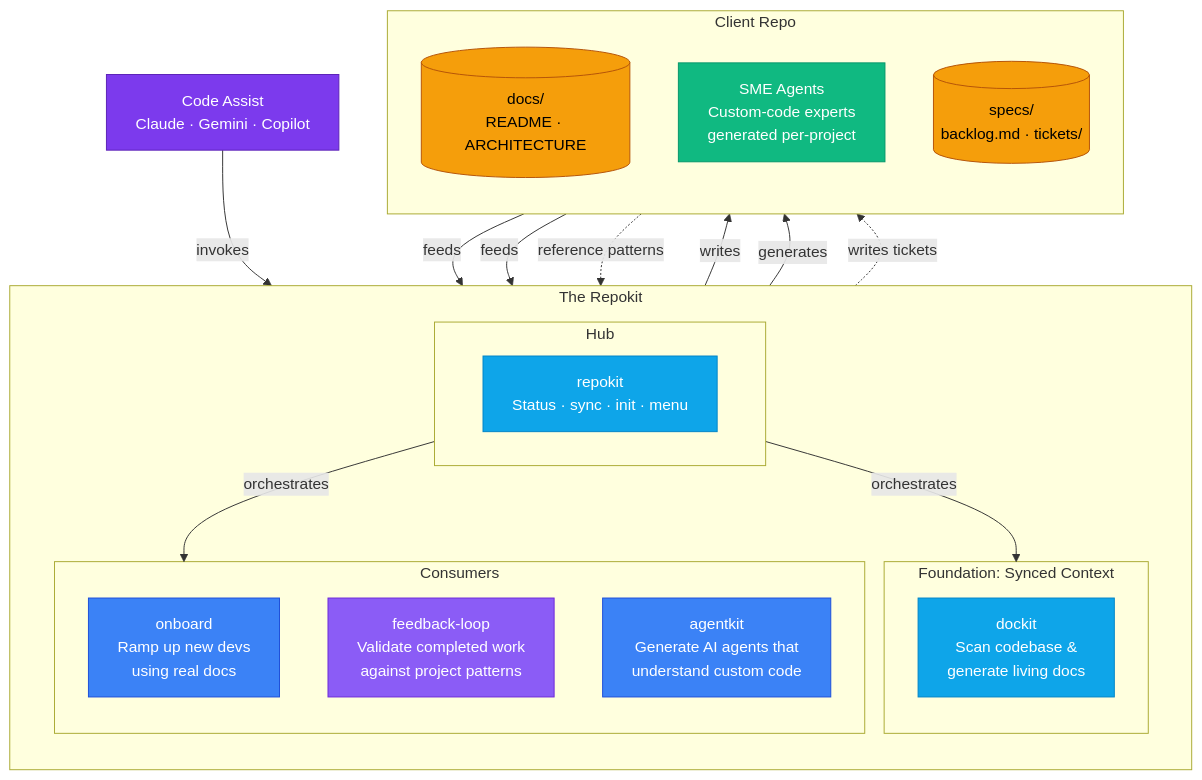
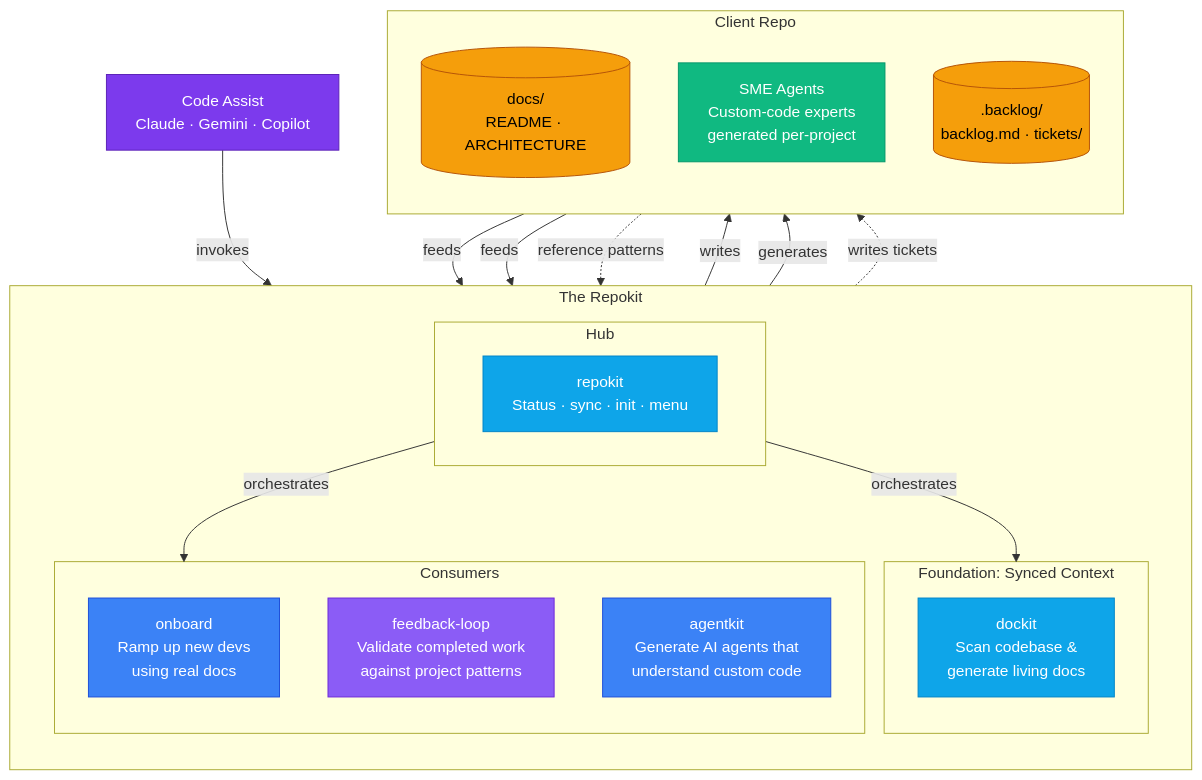
One commit to TheLampshady/repokit changed the first of 5 diagrams in README.md. Above: the diagram before and after it, drawn with Mermaid. The commit also changed other lines of this file and 17 other files, not shown here.

````diff
--- a/README.md
+++ b/README.md
@@ -177,56 +177,56 @@
 ```mermaid
 graph TD
     subgraph repokit["The Repokit"]
         direction TB
 
         subgraph hub["Hub"]
             S_repokit["repokit<br/>Status · sync · init · menu"]
         end
 
         subgraph foundation["Foundation: Synced Context"]
             S_dockit["dockit<br/>Scan codebase &<br/>generate living docs"]
         end
 
         subgraph consumers["Consumers"]
             S_onboard["onboard<br/>Ramp up new devs<br/>using real docs"]
             A_feedback["feedback-loop<br/>Validate completed work<br/>against project patterns"]
             S_agentkit["agentkit<br/>Generate AI agents that<br/>understand custom code"]
         end
     end
 
     subgraph client_repo["Client Repo"]
         direction TB
         Docs[("docs/<br/>README · ARCHITECTURE")]
         SME["SME Agents<br/>Custom-code experts<br/>generated per-project"]
-        Spec[("specs/<br/>backlog.md · tickets/")]
+        Spec[(".backlog/<br/>backlog.md · tickets/")]
     end
 
     CA["Code Assist<br/>Claude · Gemini · Copilot"]
 
     CA -->|"invokes"| hub
     hub -->|"orchestrates"| foundation
     hub -->|"orchestrates"| consumers
 
     S_dockit -->|"writes"| Docs
     Docs -->|"feeds"| S_onboard
     Docs -->|"feeds"| S_agentkit
     Docs -.->|"reference patterns"| A_feedback
 
     S_agentkit -->|"generates"| SME
     A_feedback -.->|"writes tickets"| Spec
 
     classDef skill   fill:#3b82f6,stroke:#1d4ed8,color:#fff
     classDef agent   fill:#8b5cf6,stroke:#6d28d9,color:#fff
     classDef storage fill:#f59e0b,stroke:#b45309,color:#000
     classDef ai      fill:#7c3aed,stroke:#5b21b6,color:#fff
     classDef found   fill:#0ea5e9,stroke:#0284c7,color:#fff
     classDef sme     fill:#10b981,stroke:#059669,color:#fff
 
     class S_repokit found
     class S_onboard,S_agentkit skill
     class A_feedback agent
     class Docs,Spec storage
     class CA ai
     class SME sme
     class S_dockit found
 ```
````
